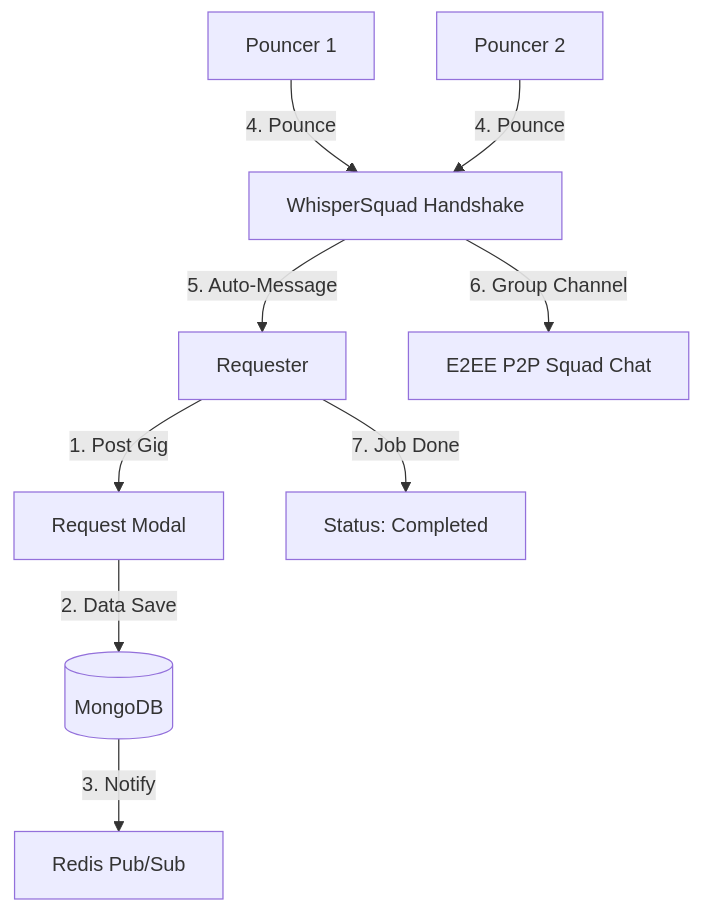
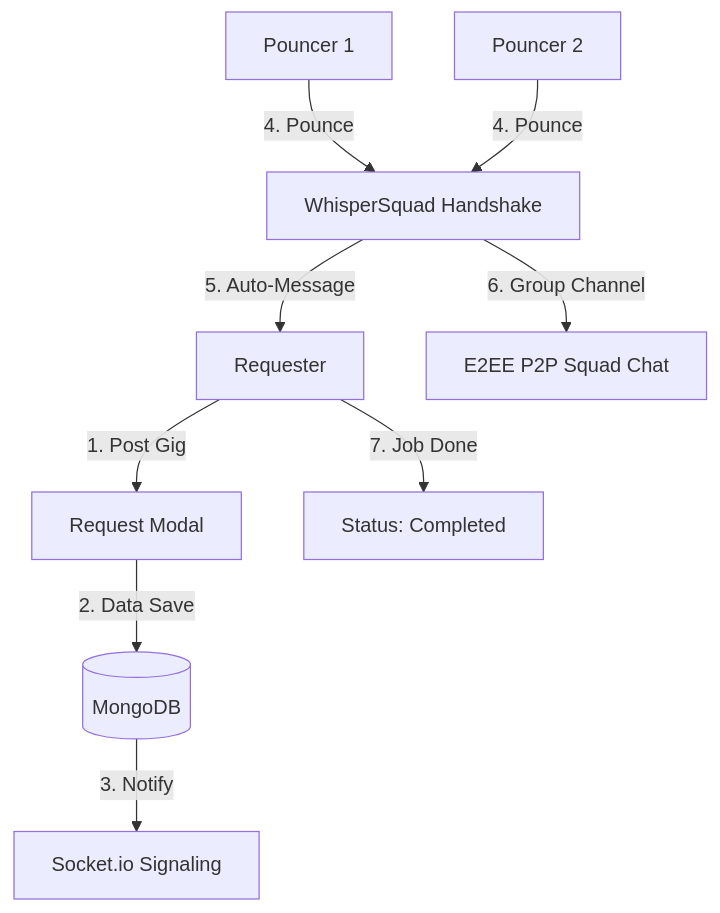
Before and after one commit to MirkoLouis/Pounce: the diagram in PROJECT_OVERVIEW.md, drawn with Mermaid. The commit also changed other lines of this file and 17 other files, not shown here.

````diff
--- a/PROJECT_OVERVIEW.md
+++ b/PROJECT_OVERVIEW.md
@@ -4,14 +4,14 @@
 ```mermaid
 graph TD
     UserA[Requester] -->|1. Post Gig| Modal[Request Modal]
     Modal -->|2. Data Save| Mongo[(MongoDB)]
-    Mongo -->|3. Notify| Redis[Redis Pub/Sub]
+    Mongo -->|3. Notify| IO[Socket.io Signaling]
     
     UserB[Pouncer 1] -->|4. Pounce| Whisper[WhisperSquad Handshake]
     UserC[Pouncer 2] -->|4. Pounce| Whisper
     
     Whisper -->|5. Auto-Message| UserA
     Whisper -->|6. Group Channel| Squad[E2EE P2P Squad Chat]
     
     UserA -->|7. Job Done| Close[Status: Completed]
 ```
````
